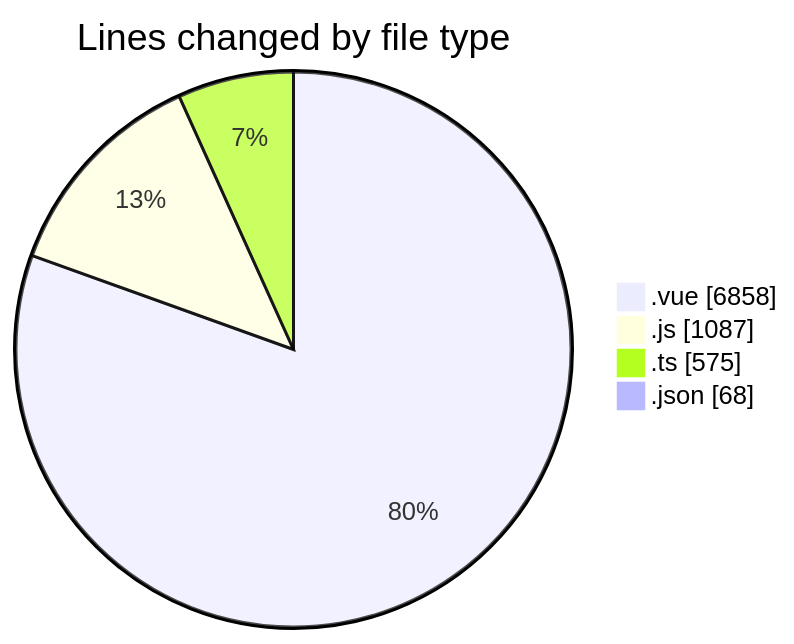
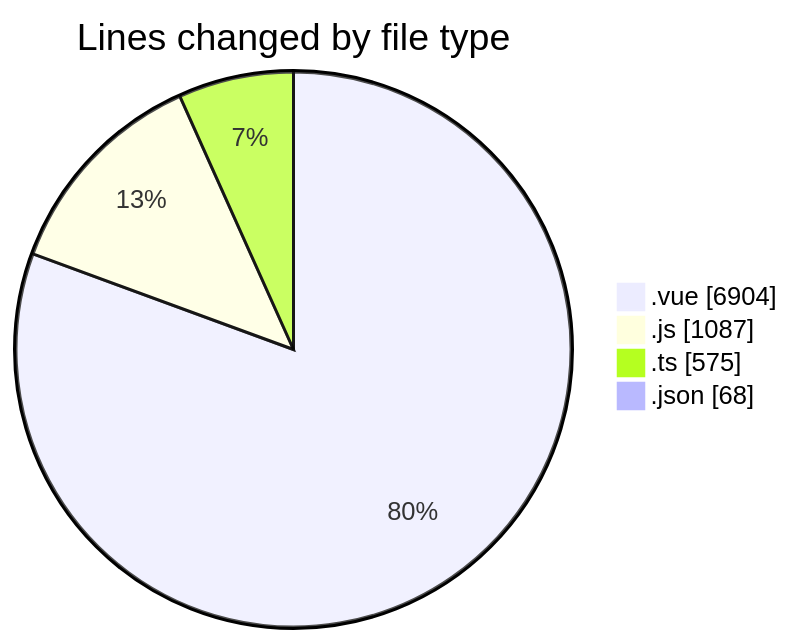
One commit to lephambinh05/code-tracking changed the first of 2 diagrams in 2025-08-12/rentotp/README.md. Above: the diagram before and after it, drawn with Mermaid. The commit also changed other lines of this file and 1 other file, not shown here.

````diff
--- a/2025-08-12/rentotp/README.md
+++ b/2025-08-12/rentotp/README.md
@@ -43,8 +43,8 @@
 ```mermaid
 pie showData
 title Lines changed by file type
-".vue" : 6858
+".vue" : 6904
 ".js" : 1087
 ".ts" : 575
 ".json" : 68
 ```
````
